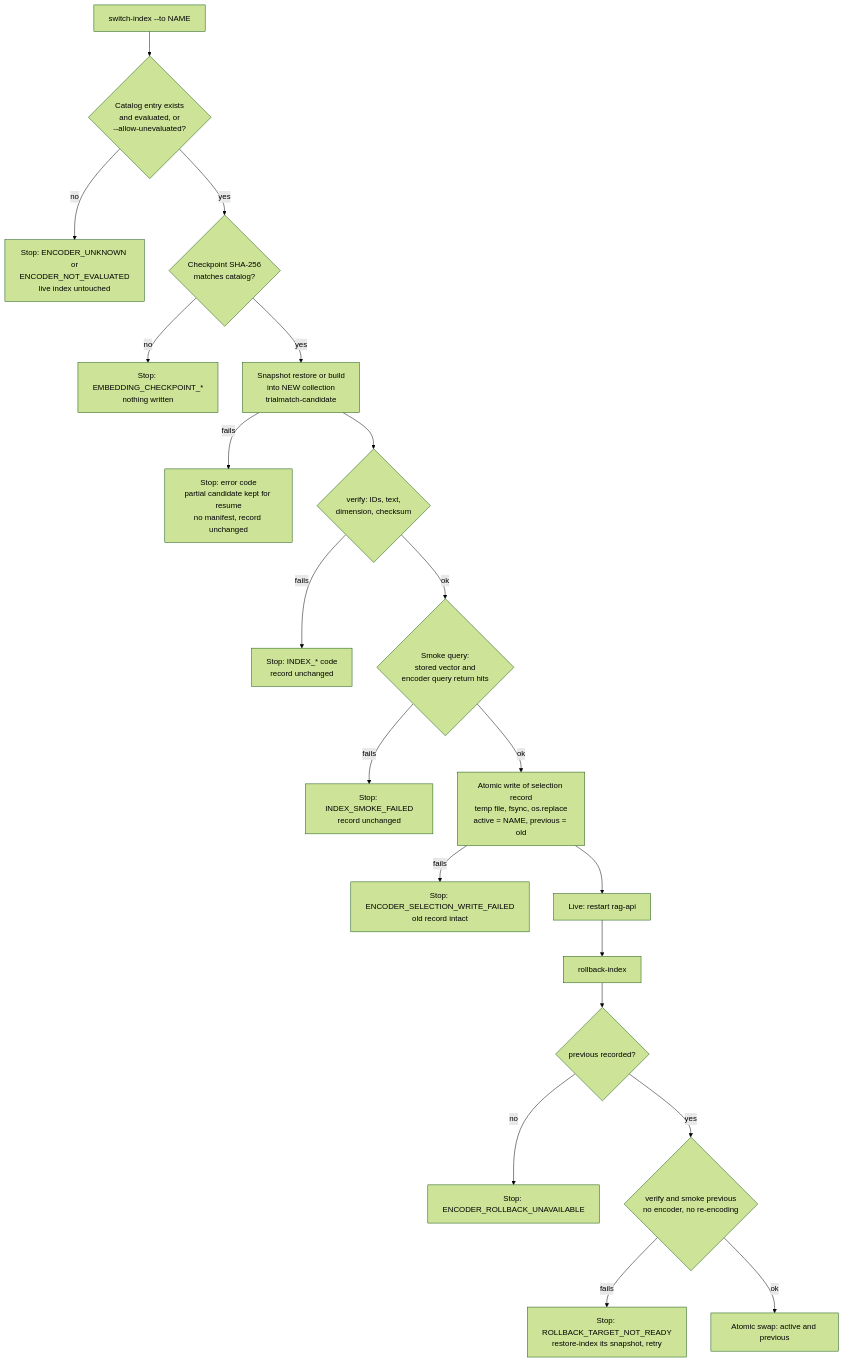
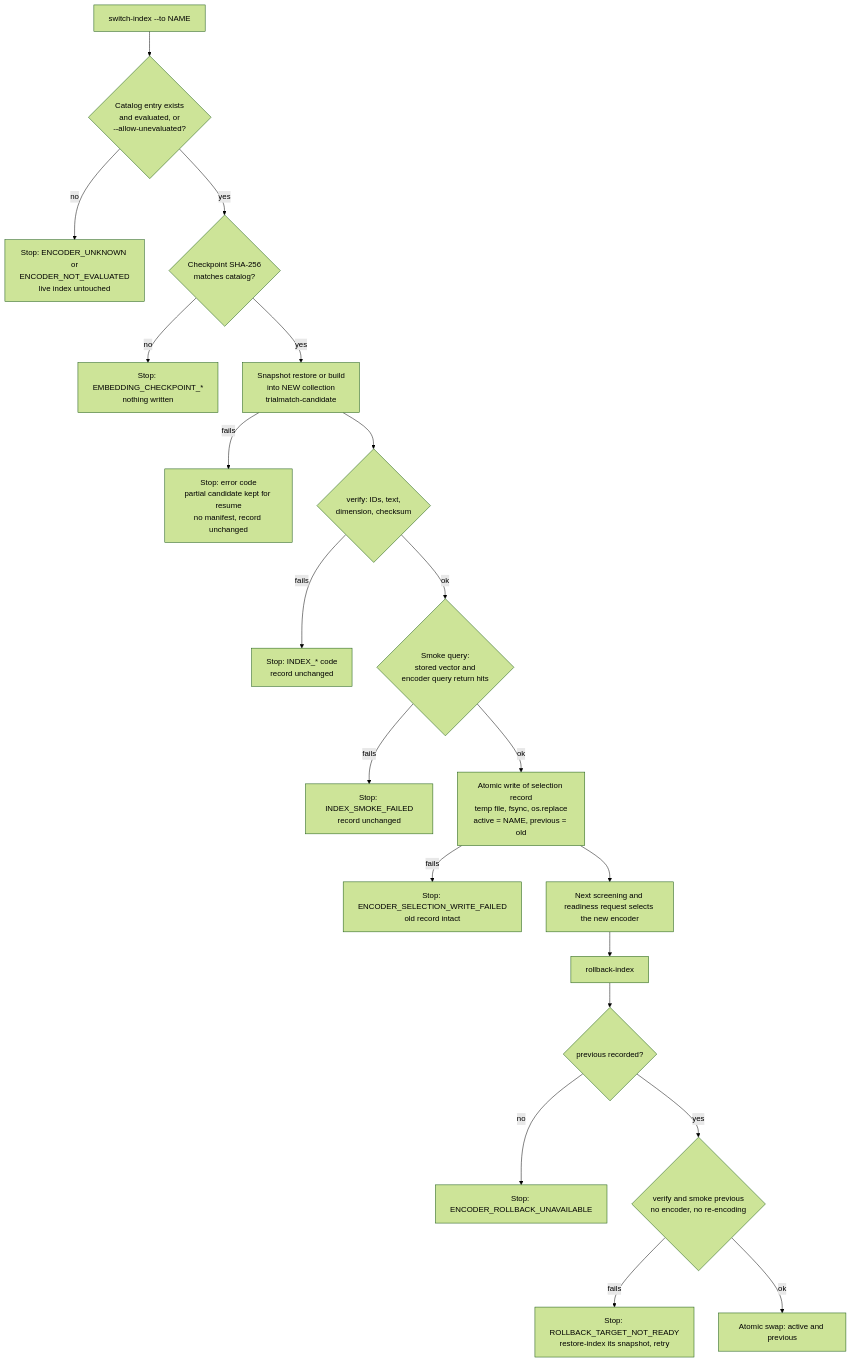
One commit to liujiaxi0301/TrialMatch changed the diagram in docs/ms4/EMBEDDING_INDEX.md. Above: the diagram before and after it, drawn with Mermaid (forest theme). The commit also changed other lines of this file and 17 other files, not shown here.

````diff
--- a/docs/ms4/EMBEDDING_INDEX.md
+++ b/docs/ms4/EMBEDDING_INDEX.md
@@ -220,22 +178,22 @@
 ```mermaid
 flowchart TD
     S0["switch-index --to NAME"] --> S1{"Catalog entry exists<br/>and evaluated, or<br/>--allow-unevaluated?"}
     S1 -- no --> F1["Stop: ENCODER_UNKNOWN or<br/>ENCODER_NOT_EVALUATED<br/>live index untouched"]
     S1 -- yes --> S2{"Checkpoint SHA-256<br/>matches catalog?"}
     S2 -- no --> F2["Stop: EMBEDDING_CHECKPOINT_*<br/>nothing written"]
     S2 -- yes --> S3["Snapshot restore or build<br/>into NEW collection<br/>trialmatch-candidate"]
     S3 -- fails --> F3["Stop: error code<br/>partial candidate kept for resume<br/>no manifest, record unchanged"]
     S3 --> S4{"verify: IDs, text,<br/>dimension, checksum"}
     S4 -- fails --> F4["Stop: INDEX_* code<br/>record unchanged"]
     S4 -- ok --> S5{"Smoke query:<br/>stored vector and<br/>encoder query return hits"}
     S5 -- fails --> F5["Stop: INDEX_SMOKE_FAILED<br/>record unchanged"]
     S5 -- ok --> S6["Atomic write of selection record<br/>temp file, fsync, os.replace<br/>active = NAME, previous = old"]
     S6 -- fails --> F6["Stop: ENCODER_SELECTION_WRITE_FAILED<br/>old record intact"]
-    S6 --> L["Live: restart rag-api"]
+    S6 --> L["Next screening and readiness request selects the new encoder"]
     L --> R0["rollback-index"]
     R0 --> R1{"previous recorded?"}
     R1 -- no --> F7["Stop: ENCODER_ROLLBACK_UNAVAILABLE"]
     R1 -- yes --> R2{"verify and smoke previous<br/>no encoder, no re-encoding"}
     R2 -- fails --> F8["Stop: ROLLBACK_TARGET_NOT_READY<br/>restore-index its snapshot, retry"]
     R2 -- ok --> R3["Atomic swap: active and previous"]
 ```
````
